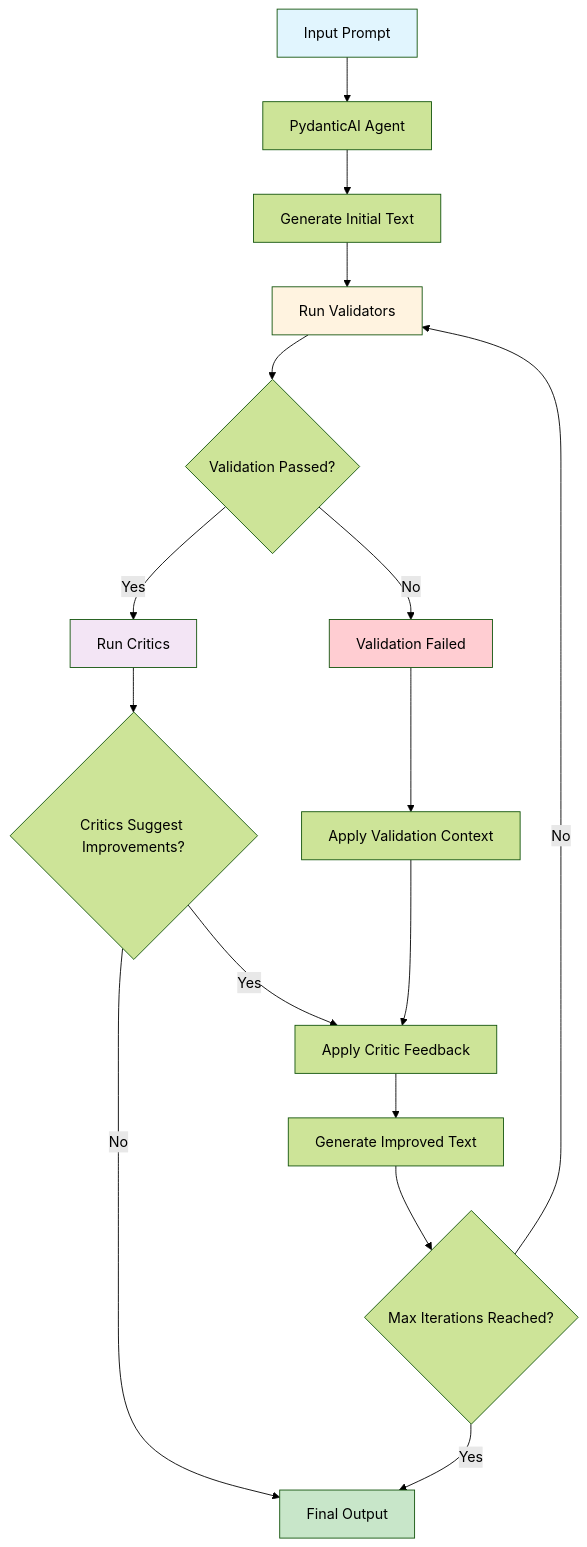
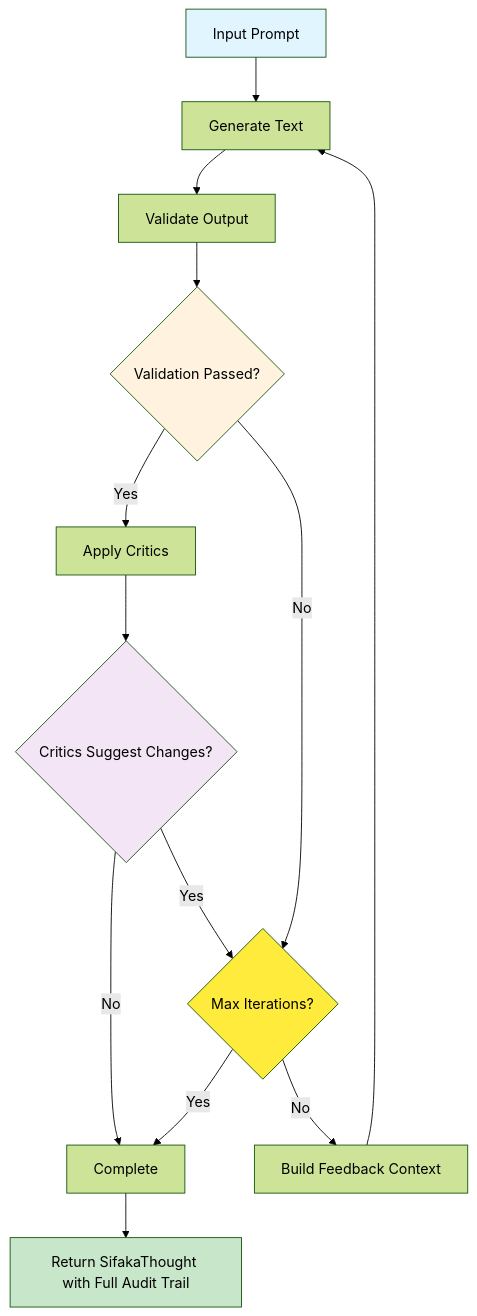
The diagram in README.md (sifaka-ai/sifaka), drawn with Mermaid (forest theme) before and after one commit. The commit also changed other lines of this file and 90 other files, not shown here.

````diff
--- a/README.md
+++ b/README.md
@@ -98,29 +98,25 @@
 ```mermaid
 graph TD
-    A[Input Prompt] --> B[PydanticAI Agent]
-    B --> C[Generate Initial Text]
-    C --> D[Run Validators]
-    D --> E{Validation Passed?}
+    A[Input Prompt] --> B[Generate Text]
+    B --> C[Validate Output]
+    C --> D{Validation Passed?}
 
-    E -->|Yes| F[Run Critics]
-    F --> G{Critics Suggest Improvements?}
+    D -->|Yes| E[Apply Critics]
+    D -->|No| F{Max Iterations?}
 
-    G -->|No| H[Final Output]
-    G -->|Yes| I[Apply Critic Feedback]
+    E --> G{Critics Suggest Changes?}
+    G -->|No| H[Complete]
+    G -->|Yes| F
 
-    E -->|No| J[Validation Failed]
-    J --> K[Apply Validation Context]
-    K --> I
+    F -->|Yes| H
+    F -->|No| I[Build Feedback Context]
+    I --> B
 
-    I --> L[Generate Improved Text]
-    L --> M{Max Iterations Reached?}
-
-    M -->|No| D
-    M -->|Yes| H
+    H --> J[Return SifakaThought with Full Audit Trail]
 
     style A fill:#e1f5fe
-    style H fill:#c8e6c9
-    style J fill:#ffcdd2
+    style J fill:#c8e6c9
     style D fill:#fff3e0
-    style F fill:#f3e5f5
+    style G fill:#f3e5f5
+    style F fill:#ffeb3b
 ```
````
